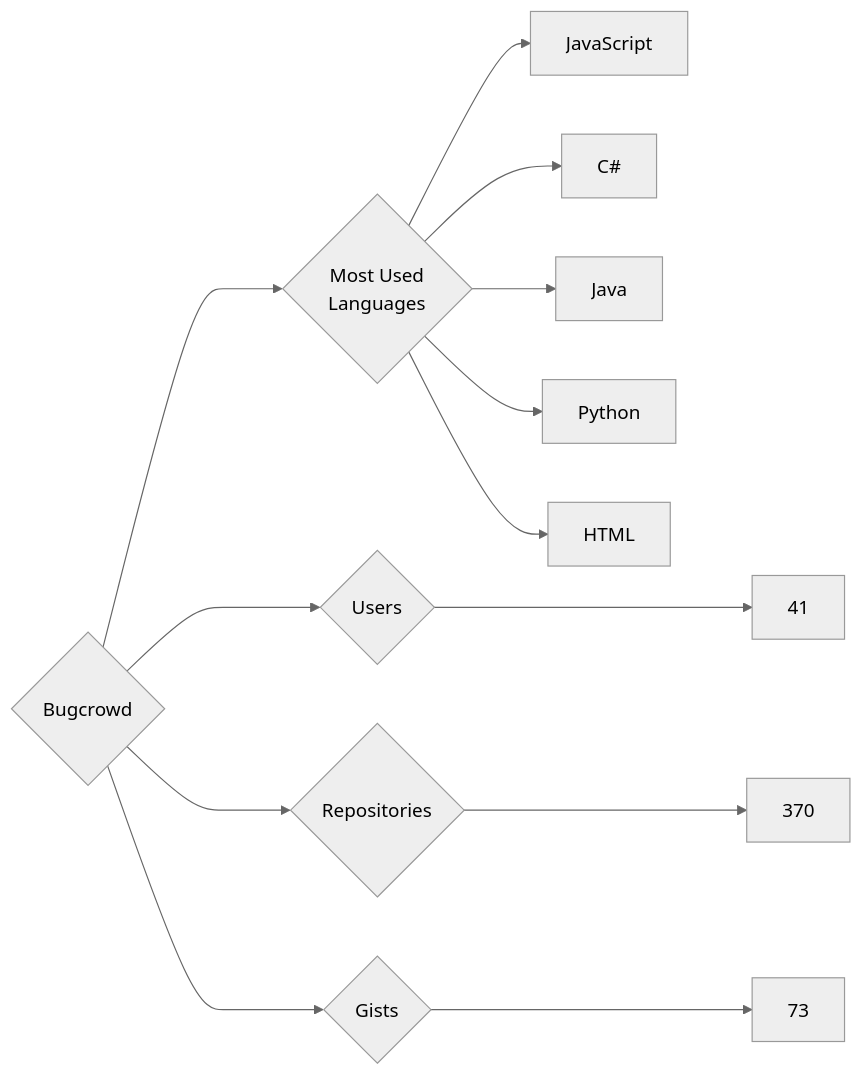
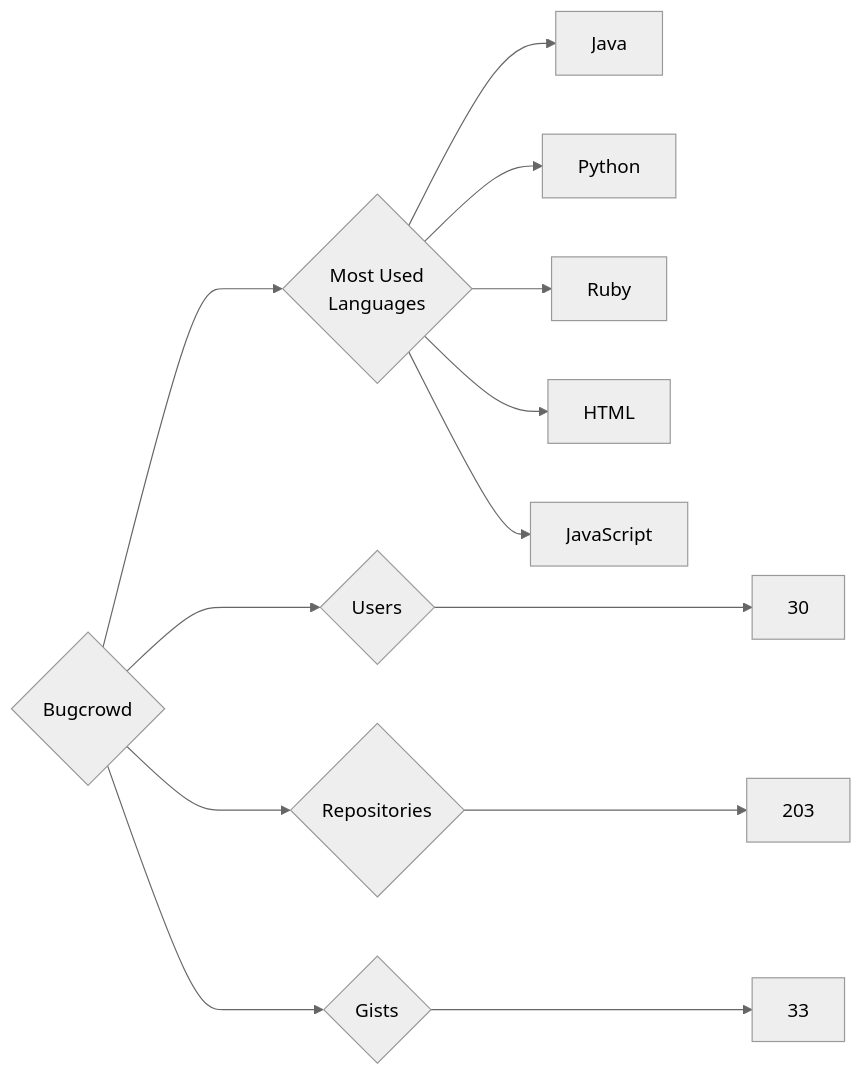
One commit to trickest/insiders changed the diagram in targets/Bugcrowd/README.md. Above: the diagram before and after it, drawn with Mermaid (neutral theme). The commit also changed 679 other files, not shown here.

````diff
--- a/targets/Bugcrowd/README.md
+++ b/targets/Bugcrowd/README.md
@@ -3,13 +3,13 @@
 ```mermaid
 graph LR
 COMPANY_NAME{Bugcrowd}
-COMPANY_NAME ---> U{Users} ---> UN[41]
-COMPANY_NAME ---> R{Repositories} ---> RN[370]
-COMPANY_NAME ---> G{Gists} ---> GN[73]
+COMPANY_NAME ---> U{Users} ---> UN[30]
+COMPANY_NAME ---> R{Repositories} ---> RN[203]
+COMPANY_NAME ---> G{Gists} ---> GN[33]
 COMPANY_NAME ---> ML{Most Used<br>Languages}
-ML --> JavaScript[JavaScript]
-ML --> C#[C#]
 ML --> Java[Java]
 ML --> Python[Python]
+ML --> Ruby[Ruby]
 ML --> HTML[HTML]
+ML --> JavaScript[JavaScript]
 ```
````
